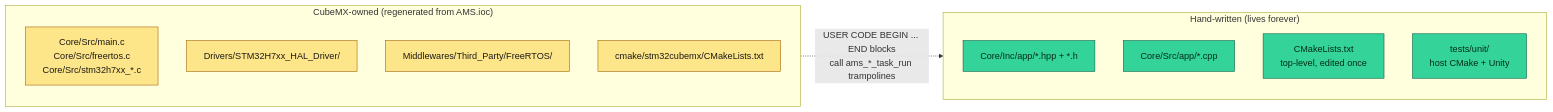
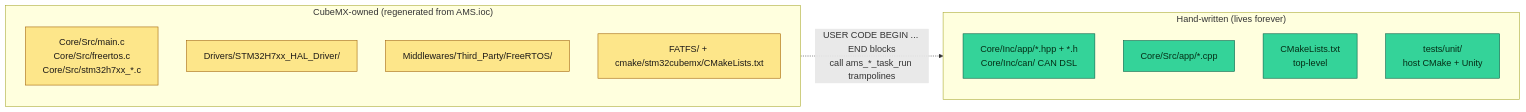
One commit to isc-fs/IFS08-CE-AMS changed the first of 4 diagrams in docs/ARCHITECTURE.md. Above: the diagram before and after it, drawn with Mermaid. The commit also changed other lines of this file and 13 other files, not shown here.

````diff
--- a/docs/ARCHITECTURE.md
+++ b/docs/ARCHITECTURE.md
@@ -98,21 +174,21 @@
 ```mermaid
 flowchart LR
     subgraph Gen["CubeMX-owned (regenerated from AMS.ioc)"]
         G1[Core/Src/main.c<br/>Core/Src/freertos.c<br/>Core/Src/stm32h7xx_*.c]
         G2[Drivers/STM32H7xx_HAL_Driver/]
         G3[Middlewares/Third_Party/FreeRTOS/]
-        G4[cmake/stm32cubemx/CMakeLists.txt]
+        G4[FATFS/ + cmake/stm32cubemx/CMakeLists.txt]
     end
     subgraph Hand["Hand-written (lives forever)"]
-        H1[Core/Inc/app/*.hpp + *.h]
+        H1[Core/Inc/app/*.hpp + *.h<br/>Core/Inc/can/ CAN DSL]
         H2[Core/Src/app/*.cpp]
-        H3[CMakeLists.txt<br/>top-level, edited once]
+        H3[CMakeLists.txt<br/>top-level]
         H4[tests/unit/<br/>host CMake + Unity]
     end
     Gen -. "USER CODE BEGIN ... END blocks<br/>call ams_*_task_run trampolines" .-> Hand
 
     classDef gen  fill:#fde68a,stroke:#a16207,color:#1c1917
     classDef hand fill:#34d399,stroke:#065f46,color:#052e16
     class G1,G2,G3,G4 gen
     class H1,H2,H3,H4 hand
 ```
````
